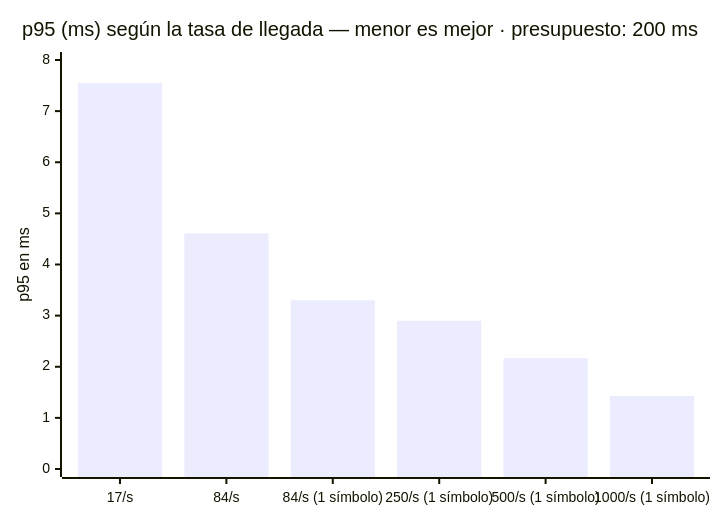
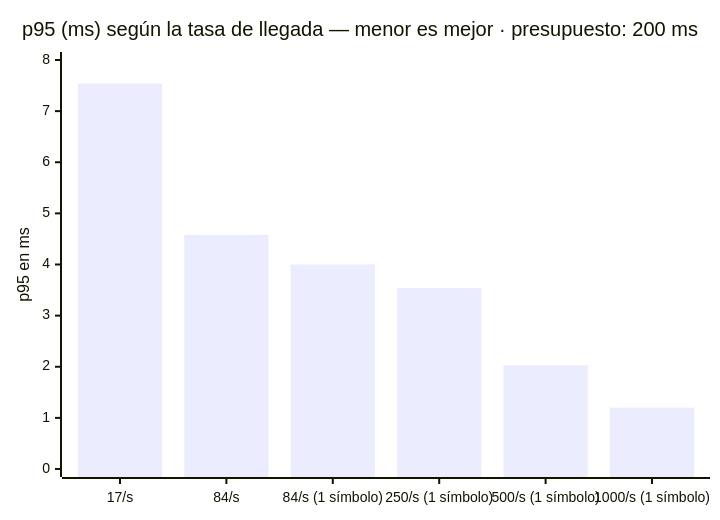
One commit to MATI-MBIT/arqsoft-reto-1 changed the eighth of 9 diagrams in docs/experimento-e01.md. Above: the diagram before and after it, drawn with Mermaid. The commit also changed other lines of this file and 3 other files, not shown here.

````diff
--- a/docs/experimento-e01.md
+++ b/docs/experimento-e01.md
@@ -201,7 +201,7 @@
 ```mermaid
 xychart-beta
     title "p95 (ms) según la tasa de llegada — menor es mejor · presupuesto: 200 ms"
     x-axis ["17/s", "84/s", "84/s (1 símbolo)", "250/s (1 símbolo)", "500/s (1 símbolo)", "1000/s (1 símbolo)"]
     y-axis "p95 en ms" 0 --> 8
-    bar [7.55, 4.61, 3.30, 2.90, 2.17, 1.43]
+    bar [7.54, 4.58, 4.00, 3.54, 2.03, 1.20]
 ```
````
